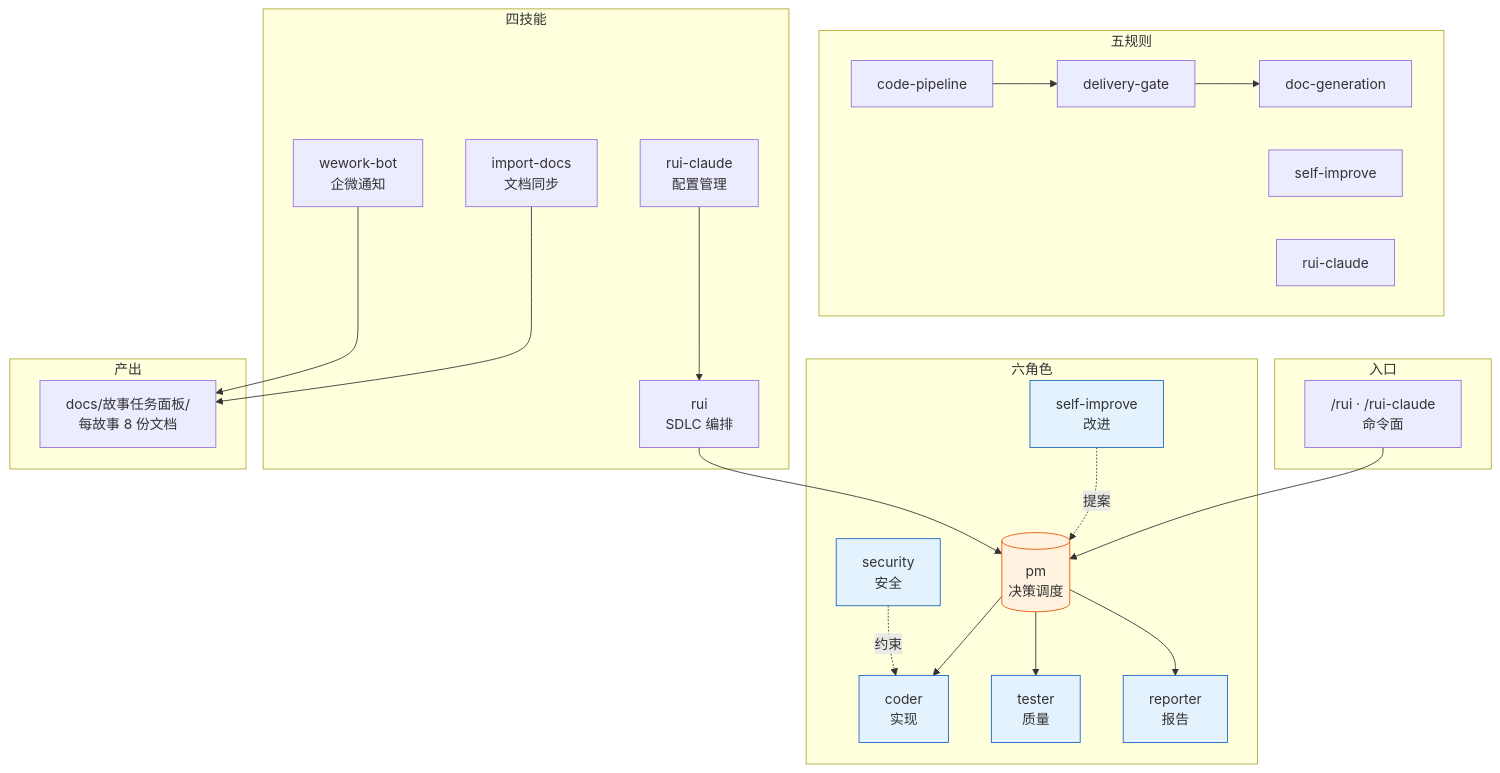
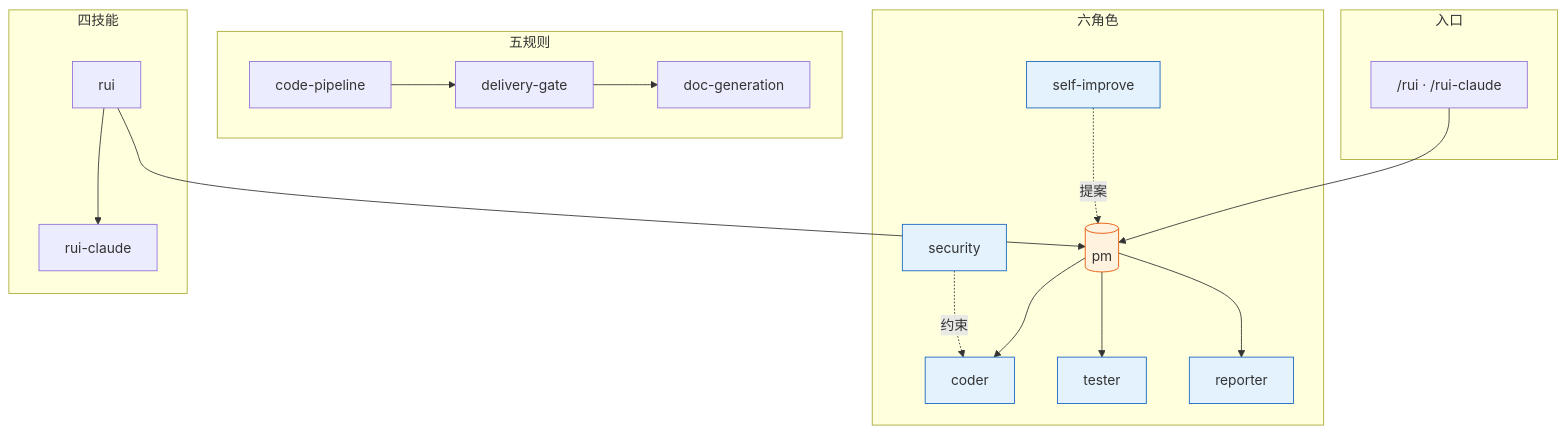
Before and after one commit to effiy/YrY: the first of 3 diagrams in README.md, drawn with Mermaid. The commit also changed other lines of this file and 4 other files, not shown here.

````diff
--- a/README.md
+++ b/README.md
@@ -7,46 +9,32 @@
 ```mermaid
 flowchart TD
     subgraph 入口
-        CMD["/rui · /rui-claude<br/>命令面"]
+        CMD["/rui · /rui-claude"]
     end
 
     subgraph 六角色
-        PM[("pm<br/>决策调度")]:::core
-        CODER[coder<br/>实现]:::agent
-        TESTER[tester<br/>质量]:::agent
-        REPORTER[reporter<br/>报告]:::agent
-        SECURITY[security<br/>安全]:::agent
-        SI[self-improve<br/>改进]:::agent
+        PM[("pm")]:::core
+        CODER[coder]:::agent
+        TESTER[tester]:::agent
+        REPORTER[reporter]:::agent
+        SECURITY[security]:::agent
+        SI[self-improve]:::agent
     end
 
     subgraph 五规则
-        CP[code-pipeline]
-        DG[delivery-gate]
-        DOC[doc-generation]
-        RSI[self-improve]
-        RC[rui-claude]
+        CP[code-pipeline] --> DG[delivery-gate] --> DOC[doc-generation]
     end
 
     subgraph 四技能
-        SK_RUI[rui<br/>SDLC 编排]
-        SK_RC[rui-claude<br/>配置管理]
-        SK_IM[import-docs<br/>文档同步]
-        SK_WX[wework-bot<br/>企微通知]
-    end
-
-    subgraph 产出
-        PANEL[docs/故事任务面板/<br/>每故事 8 份文档]
+        SK_RUI[rui] --> SK_RC[rui-claude]
     end
 
     CMD --> PM
     PM --> CODER & TESTER & REPORTER
     SECURITY -.约束.-> CODER
     SI -.提案.-> PM
-    CP --> DG --> DOC
     SK_RUI --> PM
-    SK_RC --> SK_RUI
-    SK_IM & SK_WX --> PANEL
 
     classDef core fill:#fff3e0,stroke:#e65100;
     classDef agent fill:#e3f2fd,stroke:#1565c0;
 ```
````
